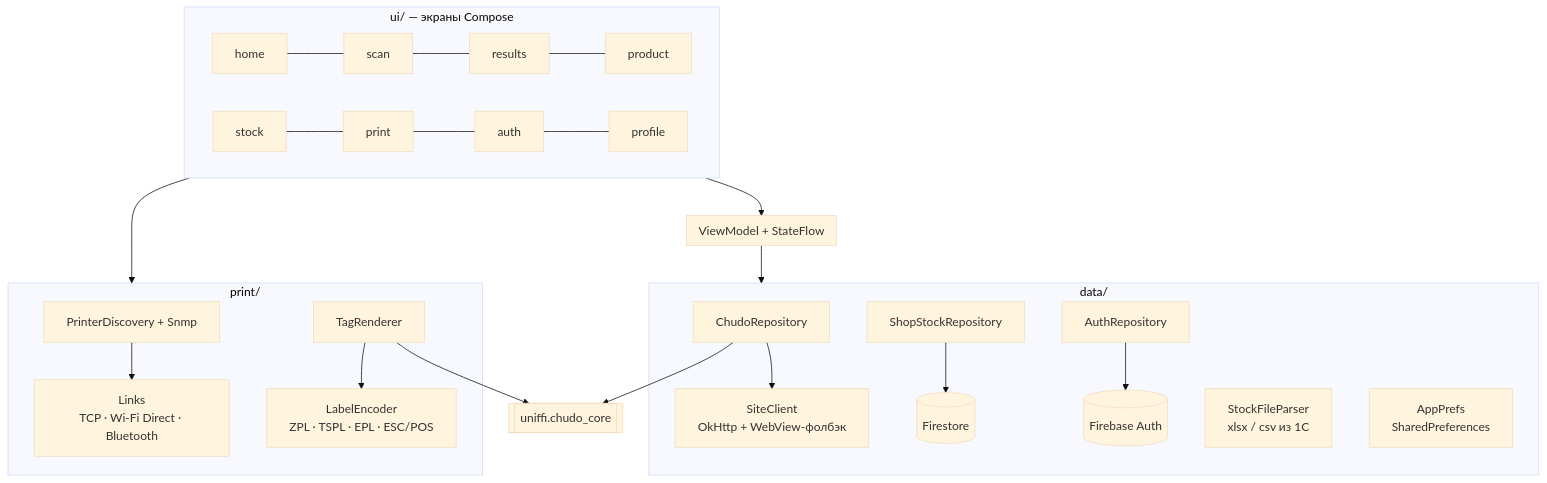
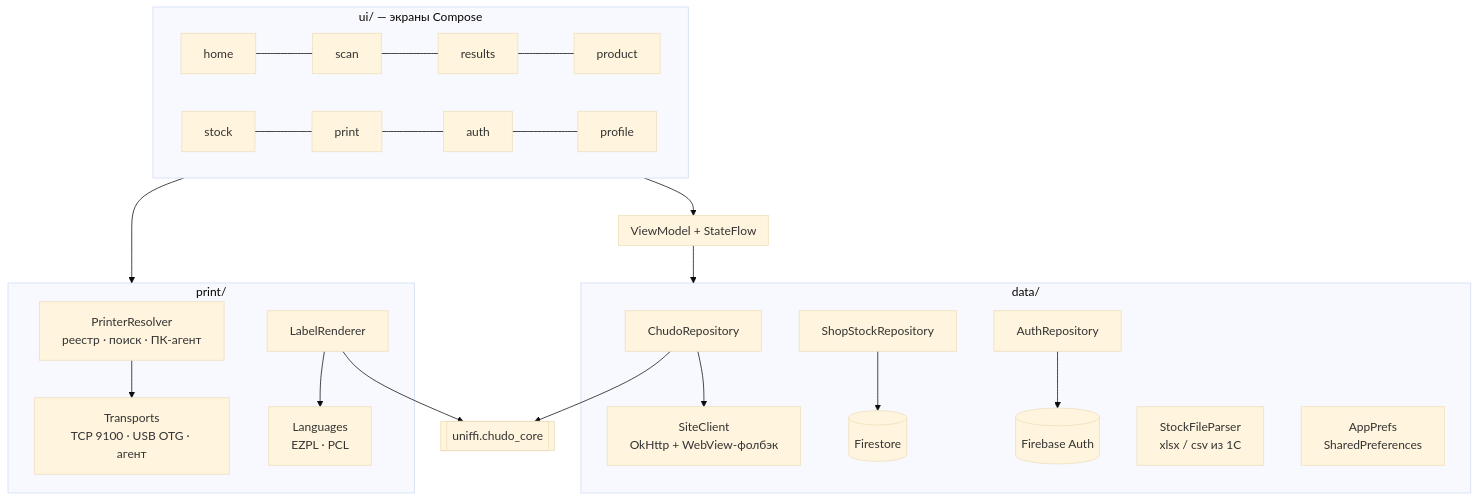
Before and after one commit to Nikifor3663636/chudoskan: the fourth of 8 diagrams in ARCHITECTURE.md, drawn with Mermaid (base theme). The commit also changed other lines of this file and 69 other files, not shown here.

First line of the commit message:
Друк без налаштувань: реєстр принтерів магазину, Godex EZPL, Brother PCL, стиль Mine

````diff
--- a/ARCHITECTURE.md
+++ b/ARCHITECTURE.md
@@ -125,24 +125,24 @@
 ```mermaid
 flowchart TB
     subgraph UI[ui/ — экраны Compose]
         home[home] --- scan[scan] --- results[results] --- product[product]
         stock[stock] --- print[print] --- auth[auth] --- profile[profile]
     end
     subgraph VM[ViewModel + StateFlow]
     end
     subgraph Data[data/]
         repo[ChudoRepository] --> site[SiteClient<br/>OkHttp + WebView-фолбэк]
         stockRepo[ShopStockRepository] --> fs[(Firestore)]
         authRepo[AuthRepository] --> fa[(Firebase Auth)]
         parser[StockFileParser<br/>xlsx / csv из 1С]
         prefs[AppPrefs<br/>SharedPreferences]
     end
     subgraph Print[print/]
-        disc[PrinterDiscovery + Snmp] --> links[Links<br/>TCP · Wi-Fi Direct · Bluetooth]
-        render[TagRenderer] --> enc[LabelEncoder<br/>ZPL · TSPL · EPL · ESC/POS]
+        resolver[PrinterResolver<br/>реестр · поиск · ПК-агент] --> tr[Transports<br/>TCP 9100 · USB OTG · агент]
+        render[LabelRenderer] --> lang[Languages<br/>EZPL · PCL]
     end
     UI --> VM --> Data
     UI --> Print
     repo --> core[[uniffi.chudo_core]]
     render --> core
 ```
````
